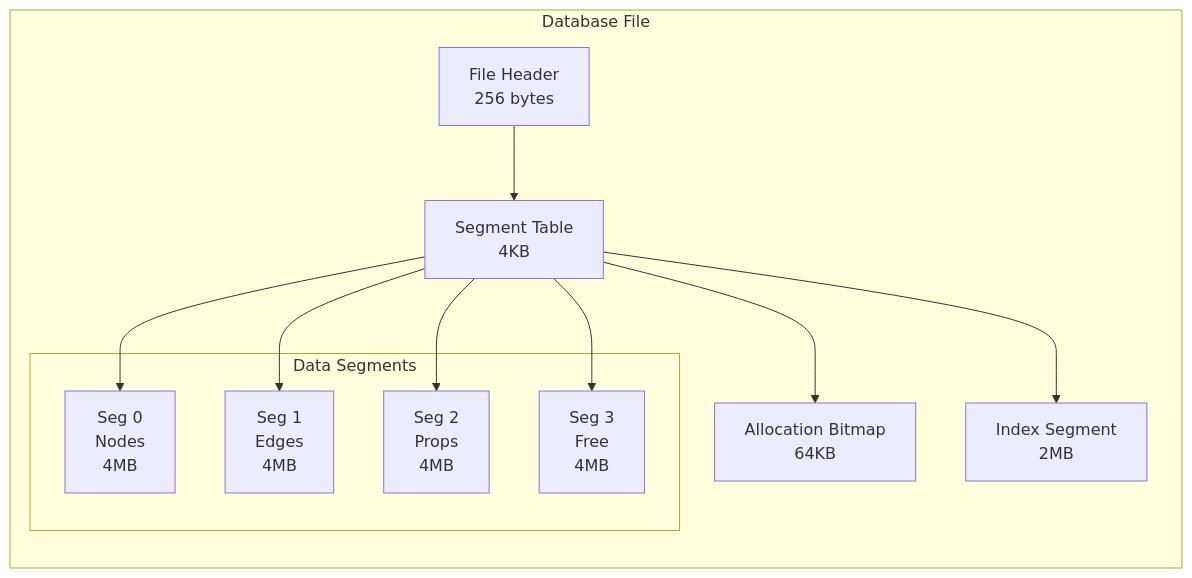
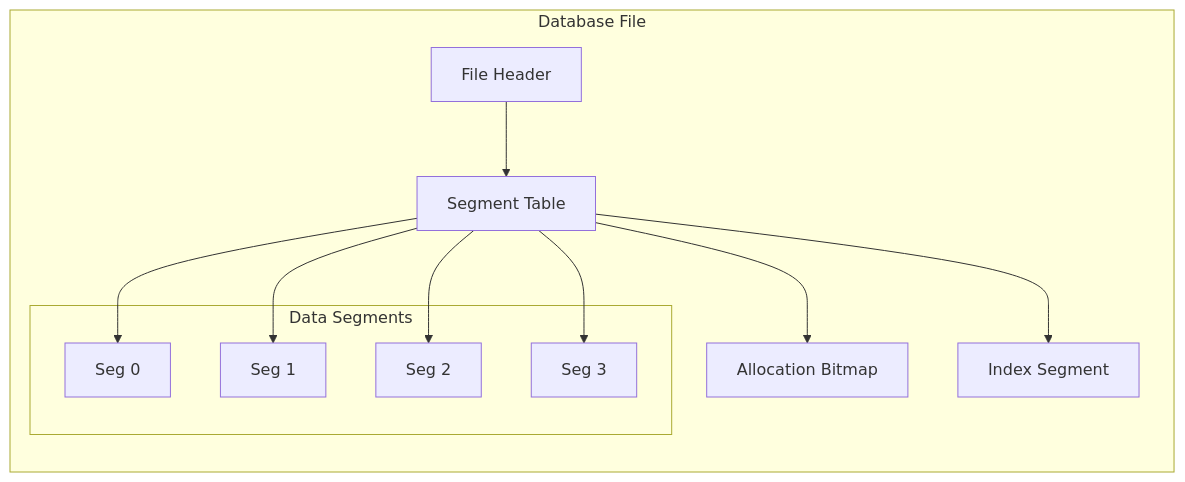
The first of 14 diagrams in docs/en/architecture/storage.md (nexepic/zyx), drawn with Mermaid before and after one commit. The commit also changed other lines of this file and 21 other files, not shown here.

First line of the commit message:
fix: resolve Mermaid diagram display issues in VitePress

````diff
--- a/docs/en/architecture/storage.md
+++ b/docs/en/architecture/storage.md
@@ -11,26 +11,26 @@
 ```mermaid
 graph TB
     subgraph DB["Database File"]
         direction TB
-        FH["File Header<br/>256 bytes"]
-        ST["Segment Table<br/>4KB"]
+        FH["File Header"]
+        ST["Segment Table"]
 
         subgraph Segs["Data Segments"]
-            S1["Seg 0<br/>Nodes<br/>4MB"]
-            S2["Seg 1<br/>Edges<br/>4MB"]
-            S3["Seg 2<br/>Props<br/>4MB"]
-            S4["Seg 3<br/>Free<br/>4MB"]
+            S1["Seg 0"]
+            S2["Seg 1"]
+            S3["Seg 2"]
+            S4["Seg 3"]
         end
 
-        BM["Allocation Bitmap<br/>64KB"]
-        IDX["Index Segment<br/>2MB"]
+        BM["Allocation Bitmap"]
+        IDX["Index Segment"]
 
         FH --> ST
         ST --> S1
         ST --> S2
         ST --> S3
         ST --> S4
         ST --> BM
         ST --> IDX
     end
 ```
````
